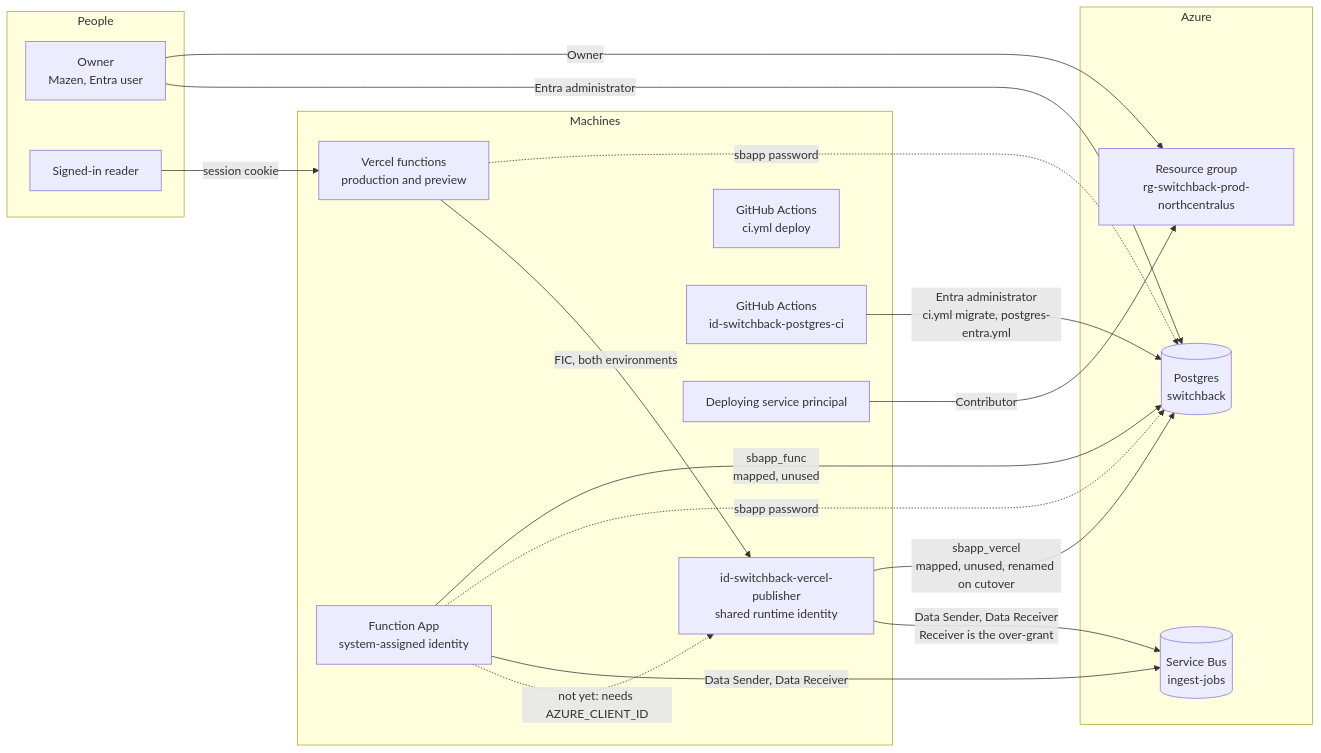
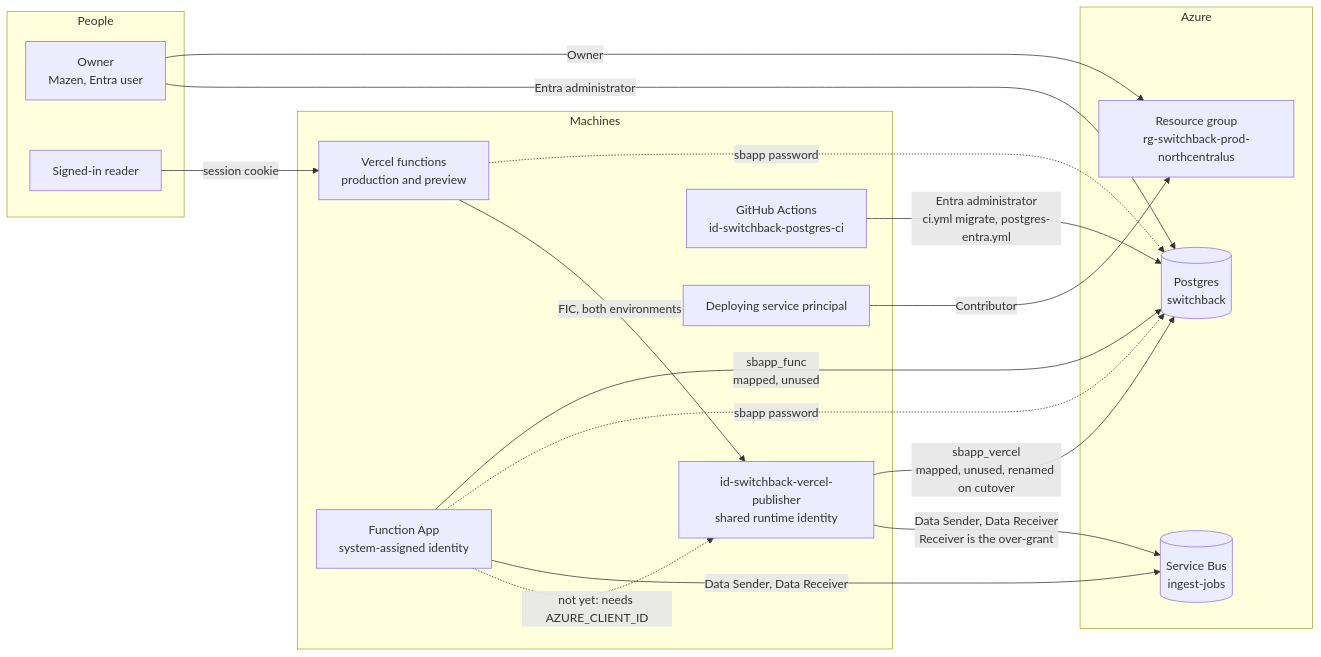
The seventh of 10 diagrams in docs/architecture.md (mbahgatTech/switchback), drawn with Mermaid before and after one commit. The commit also changed other lines of this file and 7 other files, not shown here.

````diff
--- a/docs/architecture.md
+++ b/docs/architecture.md
@@ -216,34 +217,33 @@
 ```mermaid
 graph LR
   subgraph People
     OWNER[Owner<br/>Mazen, Entra user]
     READER[Signed-in reader]
   end
   subgraph Machines
     VERCEL[Vercel functions<br/>production and preview]
     FUNC[Function App<br/>system-assigned identity]
     RUNTIME[id-switchback-vercel-publisher<br/>shared runtime identity]
-    GHA[GitHub Actions<br/>ci.yml deploy]
     CI[GitHub Actions<br/>id-switchback-postgres-ci]
     SP[Deploying service principal]
   end
   subgraph Azure
     SB[(Service Bus<br/>ingest-jobs)]
     PG[(Postgres<br/>switchback)]
     RG[Resource group<br/>rg-switchback-prod-northcentralus]
   end
 
   VERCEL -->|FIC, both environments| RUNTIME
   FUNC -.->|not yet: needs AZURE_CLIENT_ID| RUNTIME
   RUNTIME -->|Data Sender, Data Receiver<br/>Receiver is the over-grant| SB
   FUNC -->|Data Sender, Data Receiver| SB
   VERCEL -.->|sbapp password| PG
   FUNC -.->|sbapp password| PG
   RUNTIME -->|sbapp_vercel<br/>mapped, unused, renamed on cutover| PG
   FUNC -->|sbapp_func<br/>mapped, unused| PG
   CI -->|Entra administrator<br/>ci.yml migrate, postgres-entra.yml| PG
   OWNER -->|Entra administrator| PG
   OWNER -->|Owner| RG
   SP -->|Contributor| RG
   READER -->|session cookie| VERCEL
 ```
````
